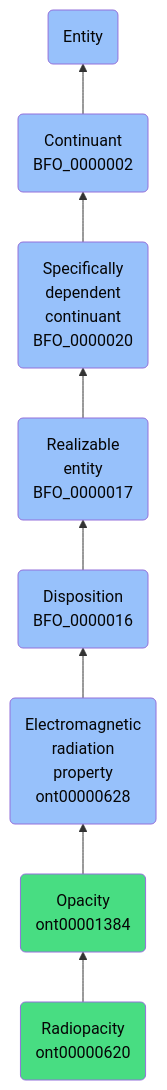
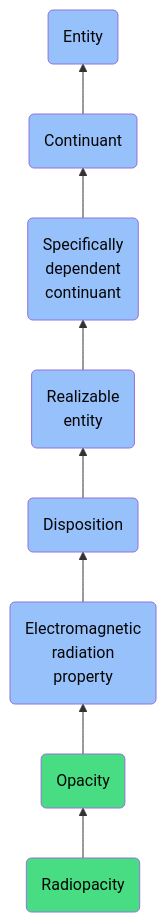
One commit to jupyter-naas/abi changed the diagram in docs/ontology/reference/model/Entity/Continuant/Specifically dependent continuant/Realizable entity/Disposition/Electromagnetic radiation property/Opacity/Radiopacity/Radiopacity.md. Above: the diagram before and after it, drawn with Mermaid. The commit also changed other lines of this file and 1430 other files, not shown here.

````diff
--- a/docs/ontology/reference/model/Entity/Continuant/Specifically dependent continuant/Realizable entity/Disposition/Electromagnetic radiation property/Opacity/Radiopacity/Radiopacity.md
+++ b/docs/ontology/reference/model/Entity/Continuant/Specifically dependent continuant/Realizable entity/Disposition/Electromagnetic radiation property/Opacity/Radiopacity/Radiopacity.md
@@ -24,15 +24,15 @@
 ```mermaid
 graph BT
-    ont00000620(Radiopacity<br>ont00000620):::ABI-->ont00001384
-    ont00001384(Opacity<br>ont00001384):::ABI-->ont00000628
-    ont00000628(Electromagnetic<br>radiation<br>property<br>ont00000628):::BFO-->BFO_0000016
-    BFO_0000016(Disposition<br>BFO_0000016):::BFO-->BFO_0000017
-    BFO_0000017(Realizable<br>entity<br>BFO_0000017):::BFO-->BFO_0000020
-    BFO_0000020(Specifically<br>dependent<br>continuant<br>BFO_0000020):::BFO-->BFO_0000002
-    BFO_0000002(Continuant<br>BFO_0000002):::BFO-->BFO_0000001
+    ont00000620(Radiopacity):::ABI-->ont00001384
+    ont00001384(Opacity):::ABI-->ont00000628
+    ont00000628(Electromagnetic<br>radiation<br>property):::BFO-->BFO_0000016
+    BFO_0000016(Disposition):::BFO-->BFO_0000017
+    BFO_0000017(Realizable<br>entity):::BFO-->BFO_0000020
+    BFO_0000020(Specifically<br>dependent<br>continuant):::BFO-->BFO_0000002
+    BFO_0000002(Continuant):::BFO-->BFO_0000001
     BFO_0000001(Entity):::BFO
     
     classDef BFO fill:#97c1fb,color:#060606
     classDef CCO fill:#e4c51e,color:#060606
     classDef ABI fill:#48DD82,color:#060606
 ```
````
